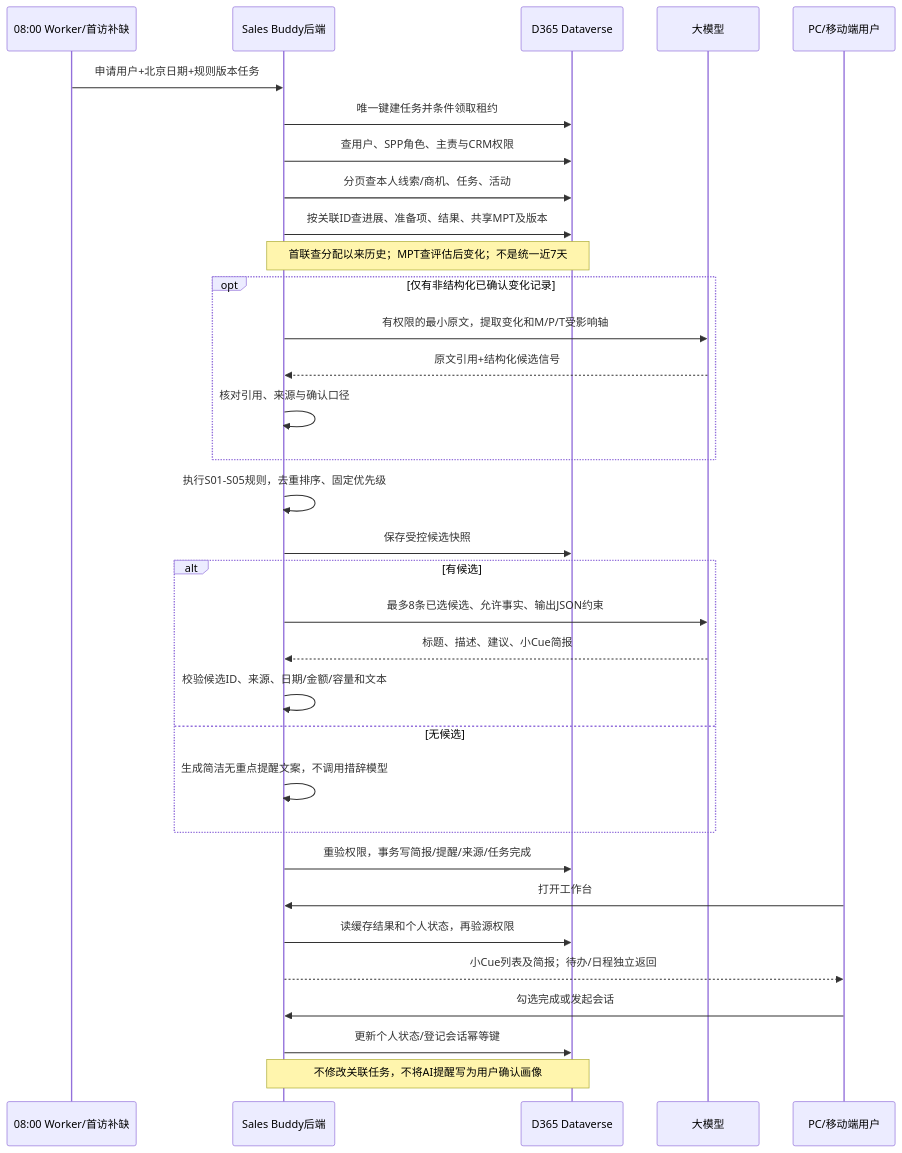
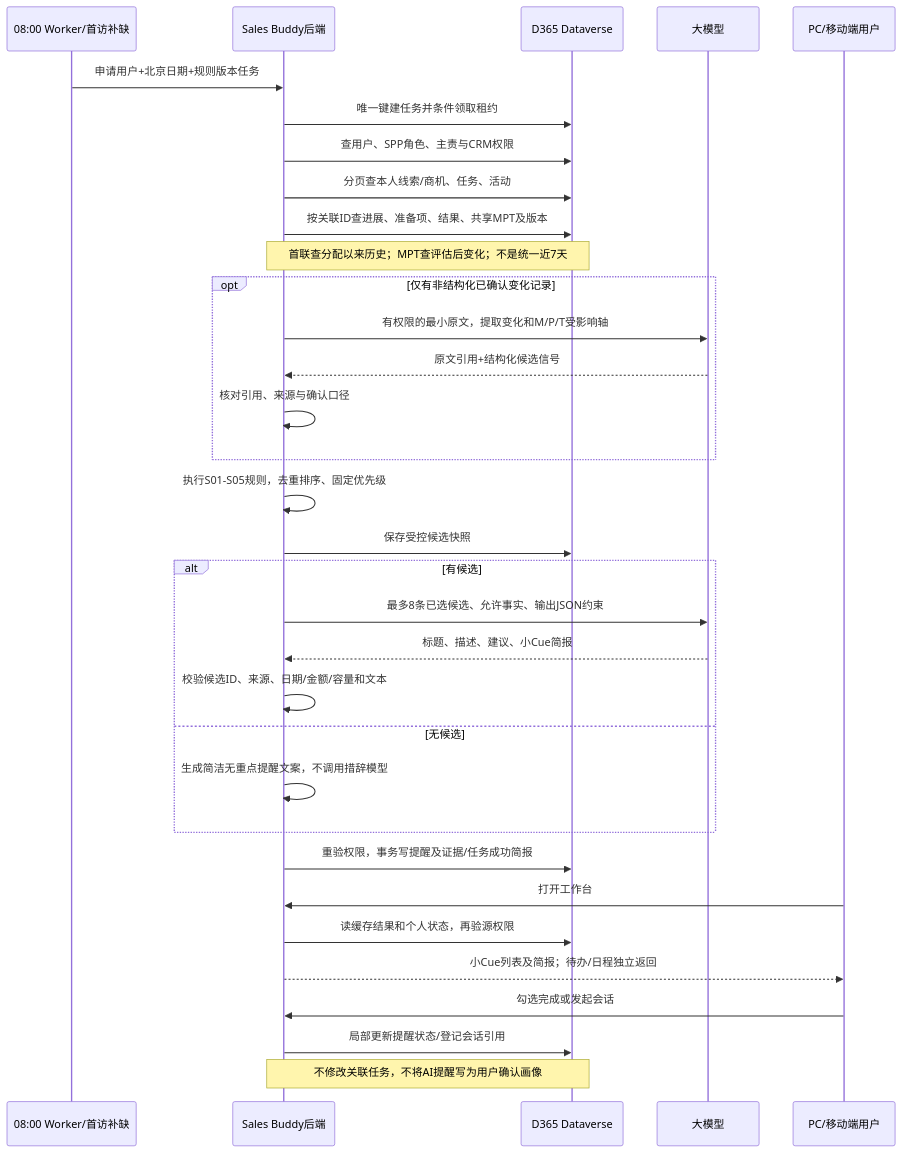
Before and after one commit to YunhaoPeter/Sales-Buddy: the diagram in docs/详设方案/工作台-小Cue-D365实施与角色场景取数方案.md, drawn with Mermaid. The commit also changed other lines of this file, not shown here.

````diff
--- a/docs/详设方案/工作台-小Cue-D365实施与角色场景取数方案.md
+++ b/docs/详设方案/工作台-小Cue-D365实施与角色场景取数方案.md
@@ -187,35 +281,35 @@
 ```mermaid
 sequenceDiagram
     participant W as 08:00 Worker/首访补缺
     participant B as Sales Buddy后端
     participant D as D365 Dataverse
     participant L as 大模型
     participant U as PC/移动端用户
     W->>B: 申请用户+北京日期+规则版本任务
     B->>D: 唯一键建任务并条件领取租约
     B->>D: 查用户、SPP角色、主责与CRM权限
     B->>D: 分页查本人线索/商机、任务、活动
     B->>D: 按关联ID查进展、准备项、结果、共享MPT及版本
     Note over B,D: 首联查分配以来历史；MPT查评估后变化；不是统一近7天
     opt 仅有非结构化已确认变化记录
         B->>L: 有权限的最小原文，提取变化和M/P/T受影响轴
         L-->>B: 原文引用+结构化候选信号
         B->>B: 核对引用、来源与确认口径
     end
     B->>B: 执行S01-S05规则，去重排序、固定优先级
     B->>D: 保存受控候选快照
     alt 有候选
         B->>L: 最多8条已选候选、允许事实、输出JSON约束
         L-->>B: 标题、描述、建议、小Cue简报
         B->>B: 校验候选ID、来源、日期/金额/容量和文本
     else 无候选
         B->>B: 生成简洁无重点提醒文案，不调用措辞模型
     end
-    B->>D: 重验权限，事务写简报/提醒/来源/任务完成
+    B->>D: 重验权限，事务写提醒及证据/任务成功简报
     U->>B: 打开工作台
     B->>D: 读缓存结果和个人状态，再验源权限
     B-->>U: 小Cue列表及简报；待办/日程独立返回
     U->>B: 勾选完成或发起会话
-    B->>D: 更新个人状态/登记会话幂等键
+    B->>D: 局部更新提醒状态/登记会话引用
     Note over B,D: 不修改关联任务，不将AI提醒写为用户确认画像
 ```
````
